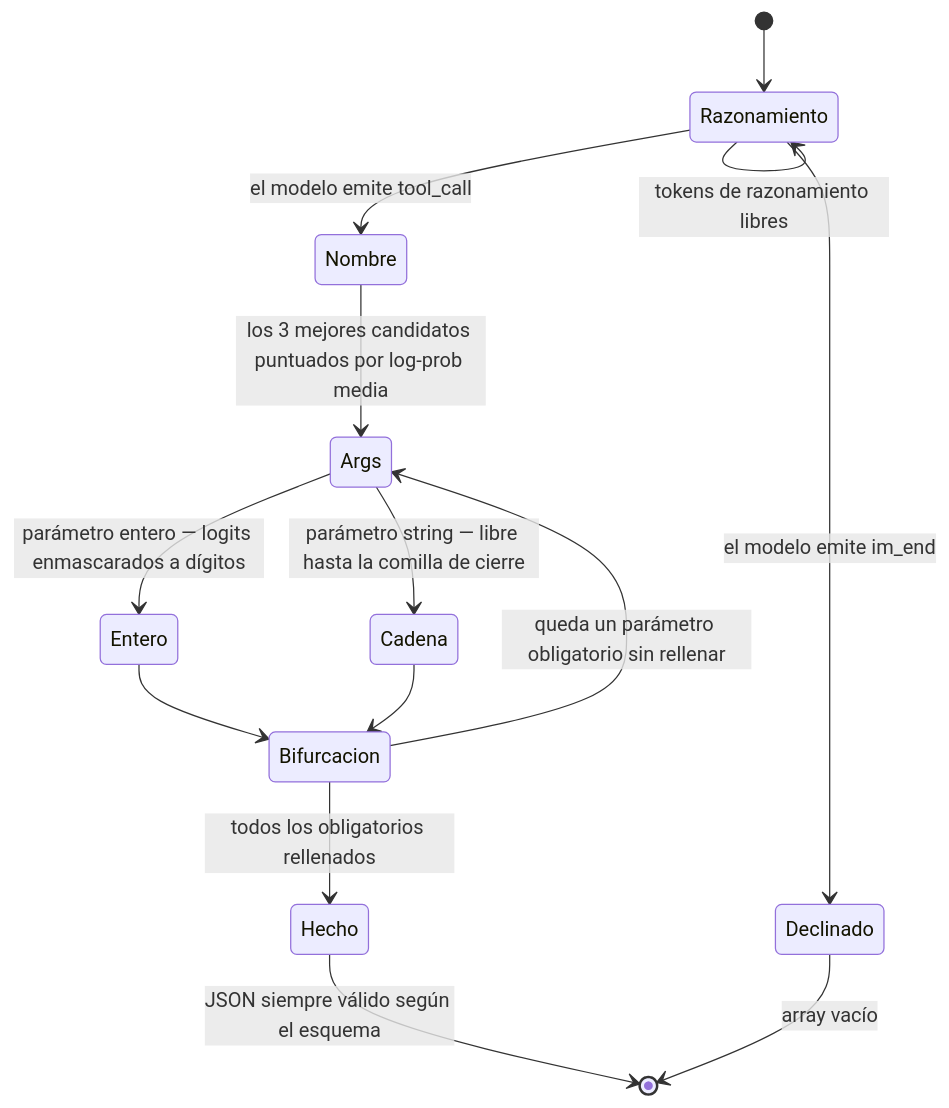
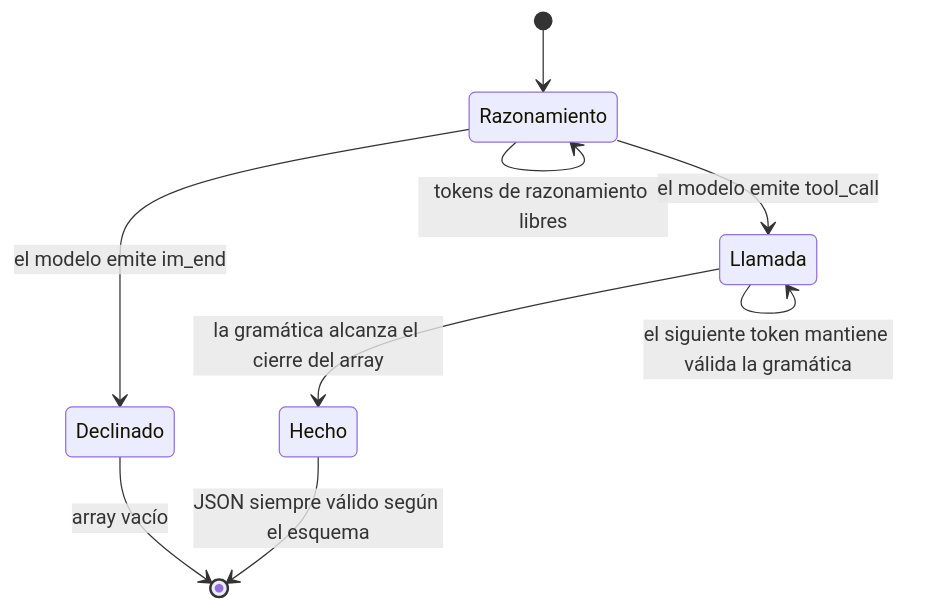
The third of 5 diagrams in README_ES.md (memovai/mimimodel), drawn with Mermaid before and after one commit. The commit also changed other lines of this file and 57 other files, not shown here.

````diff
--- a/README_ES.md
+++ b/README_ES.md
@@ -224,16 +220,11 @@
 ```mermaid
 stateDiagram-v2
     [*] --> Razonamiento
     Razonamiento --> Razonamiento : tokens de razonamiento libres
     Razonamiento --> Declinado : el modelo emite im_end
-    Razonamiento --> Nombre : el modelo emite tool_call
-    Nombre --> Args : los 3 mejores candidatos puntuados por log-prob media
-    Args --> Entero : parámetro entero — logits enmascarados a dígitos
-    Args --> Cadena : parámetro string — libre hasta la comilla de cierre
-    Entero --> Bifurcacion
-    Cadena --> Bifurcacion
-    Bifurcacion --> Args : queda un parámetro obligatorio sin rellenar
-    Bifurcacion --> Hecho : todos los obligatorios rellenados
+    Razonamiento --> Llamada : el modelo emite tool_call
+    Llamada --> Llamada : el siguiente token mantiene válida la gramática
+    Llamada --> Hecho : la gramática alcanza el cierre del array
     Hecho --> [*] : JSON siempre válido según el esquema
     Declinado --> [*] : array vacío
 ```
````
